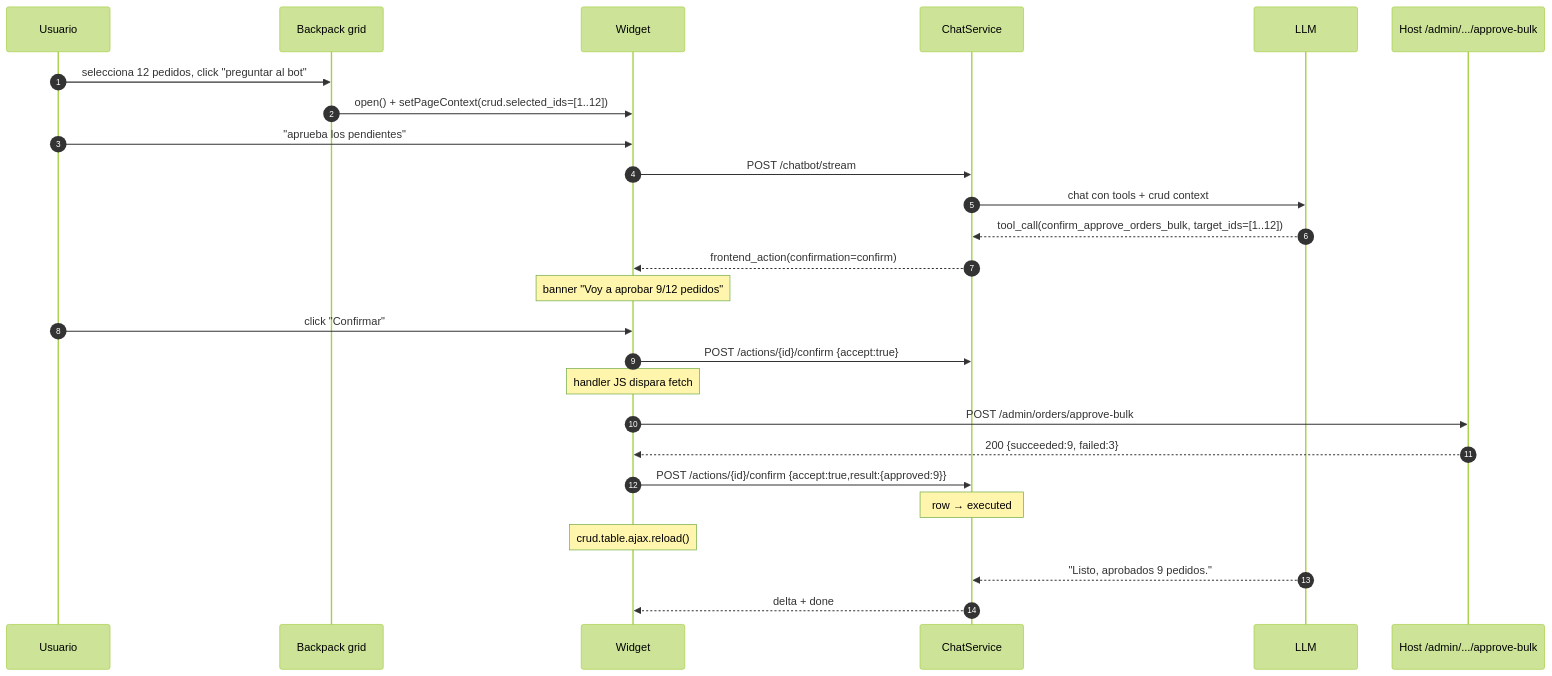
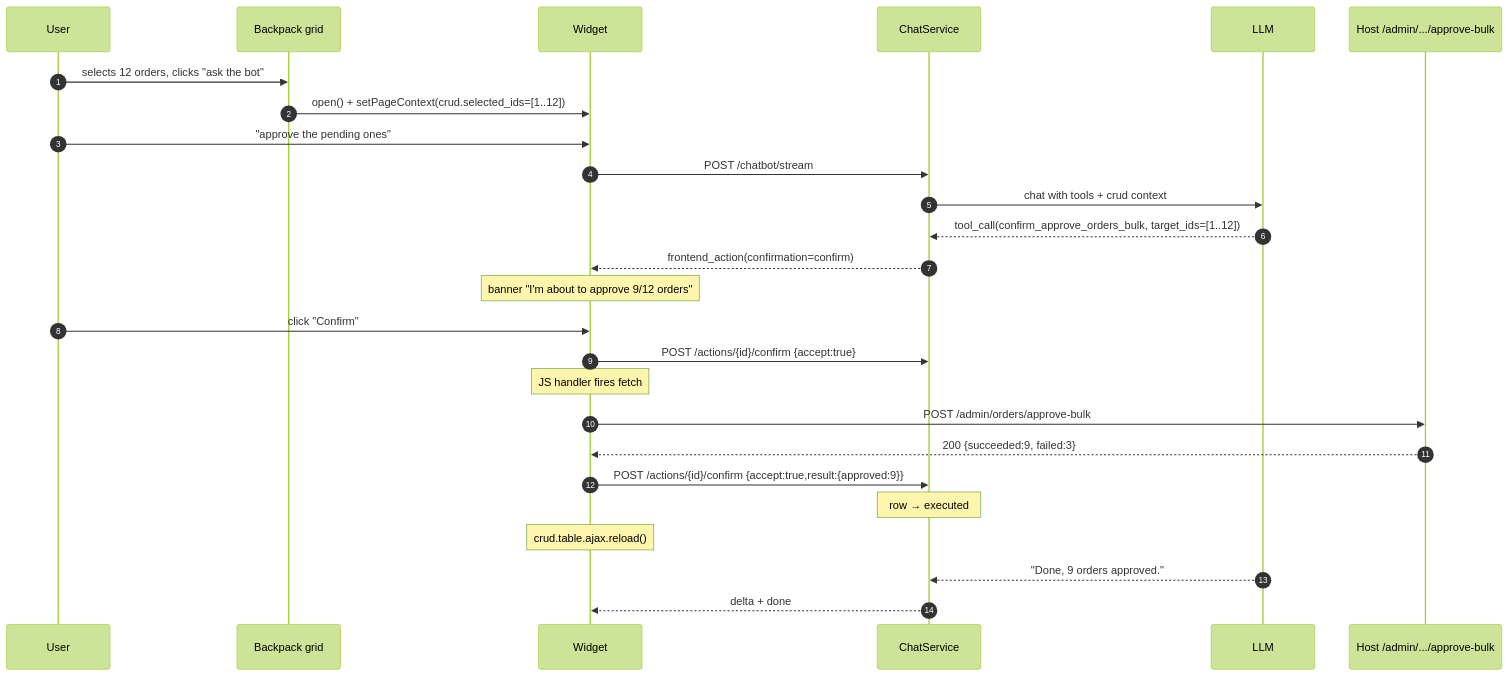
The diagram in docs/integrations/backpack.md (rnkr69/lara-chatbot), drawn with Mermaid (forest theme) before and after one commit. The commit also changed other lines of this file and 42 other files, not shown here.

````diff
--- a/docs/integrations/backpack.md
+++ b/docs/integrations/backpack.md
@@ -688,28 +691,28 @@
 ```mermaid
 sequenceDiagram
     autonumber
-    participant U as Usuario
+    participant U as User
     participant B as Backpack grid
     participant W as Widget
     participant S as ChatService
     participant L as LLM
     participant H as Host /admin/.../approve-bulk
-    U->>B: selecciona 12 pedidos, click "preguntar al bot"
+    U->>B: selects 12 orders, clicks "ask the bot"
     B->>W: open() + setPageContext(crud.selected_ids=[1..12])
-    U->>W: "aprueba los pendientes"
+    U->>W: "approve the pending ones"
     W->>S: POST /chatbot/stream
-    S->>L: chat con tools + crud context
+    S->>L: chat with tools + crud context
     L-->>S: tool_call(confirm_approve_orders_bulk, target_ids=[1..12])
     S-->>W: frontend_action(confirmation=confirm)
-    Note over W: banner "Voy a aprobar 9/12 pedidos"
-    U->>W: click "Confirmar"
+    Note over W: banner "I'm about to approve 9/12 orders"
+    U->>W: click "Confirm"
     W->>S: POST /actions/{id}/confirm {accept:true}
-    Note over W: handler JS dispara fetch
+    Note over W: JS handler fires fetch
     W->>H: POST /admin/orders/approve-bulk
     H-->>W: 200 {succeeded:9, failed:3}
     W->>S: POST /actions/{id}/confirm {accept:true,result:{approved:9}}
     Note over S: row → executed
     Note over W: crud.table.ajax.reload()
-    L-->>S: "Listo, aprobados 9 pedidos."
+    L-->>S: "Done, 9 orders approved."
     S-->>W: delta + done
 ```
````
